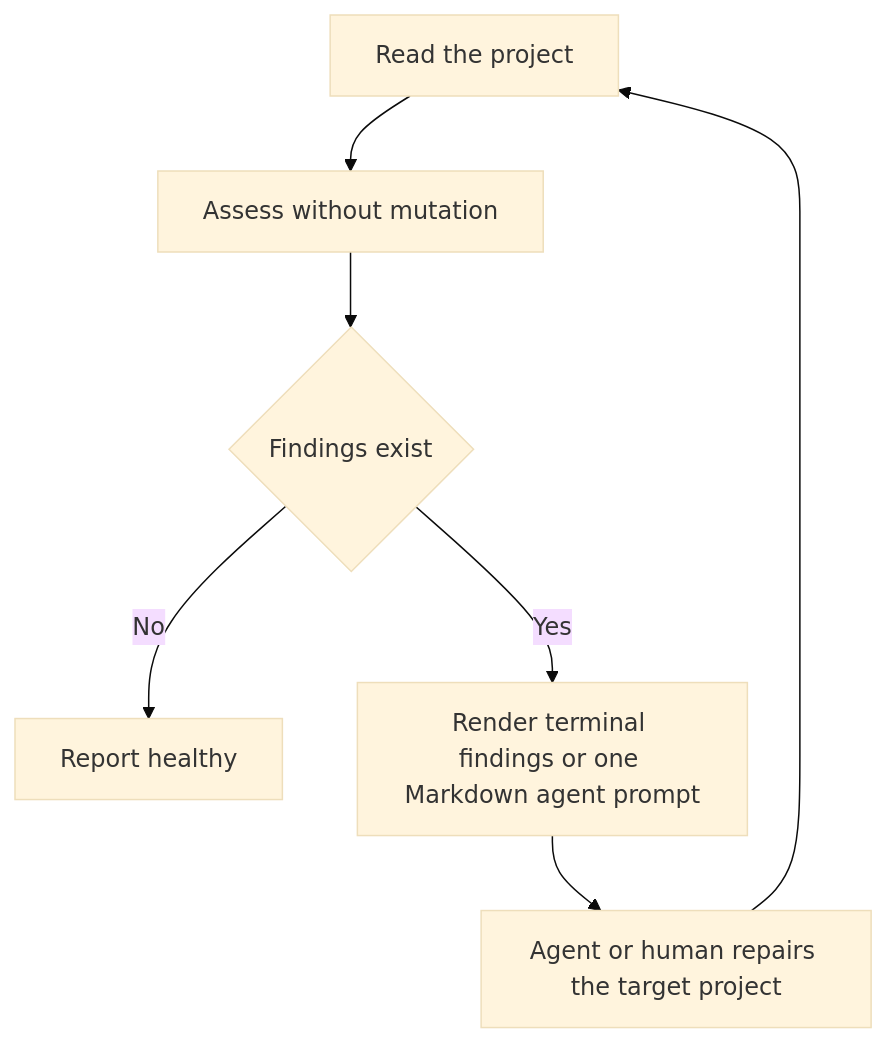
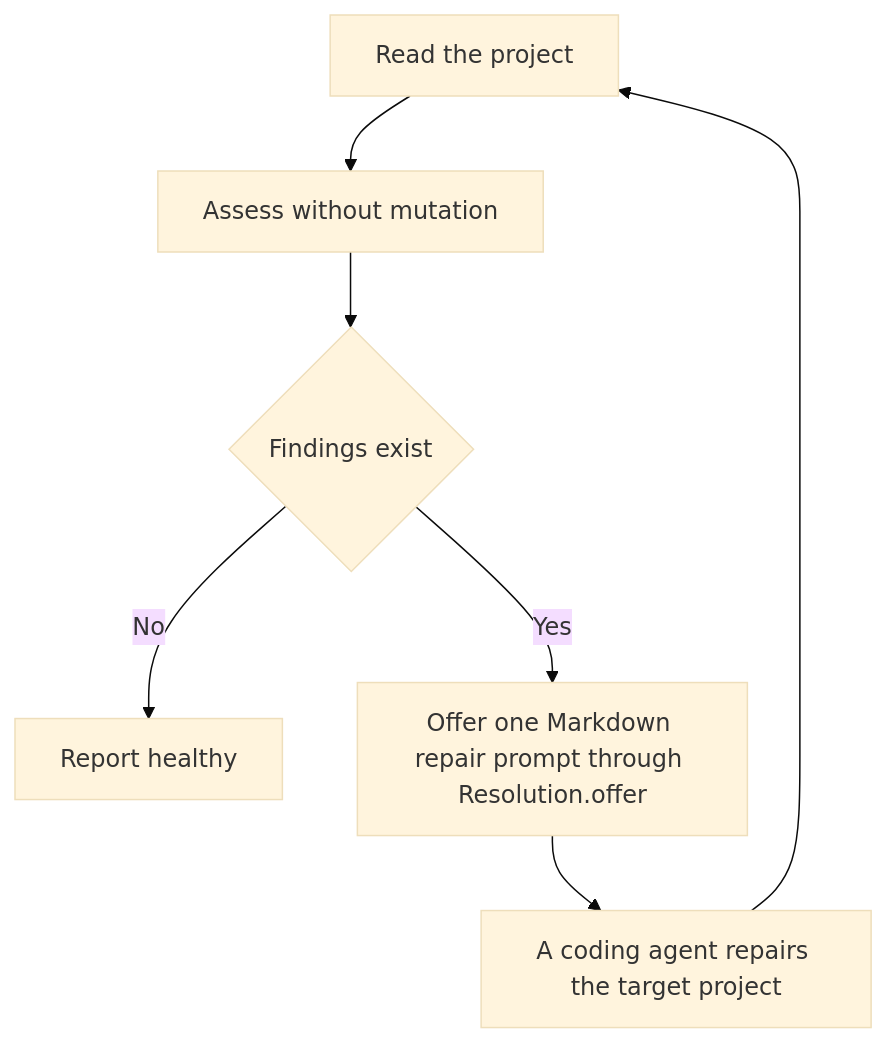
The diagram in docs/architecture.md (adelrodriguez/adamantite), drawn with Mermaid (base theme) before and after one commit. The commit also changed other lines of this file and 1 other file, not shown here.

First line of the commit message:
Describe the rewritten layout in the architecture doc, and test its layer table

````diff
--- a/docs/architecture.md
+++ b/docs/architecture.md
@@ -81,9 +232,9 @@
 ```mermaid
 flowchart TD
   A[Read the project] --> B[Assess without mutation]
   B --> C{Findings exist}
   C -->|No| D[Report healthy]
-  C -->|Yes| E[Render terminal findings or one Markdown agent prompt]
-  E --> F[Agent or human repairs the target project]
+  C -->|Yes| E[Offer one Markdown repair prompt through Resolution.offer]
+  E --> F[A coding agent repairs the target project]
   F --> A
 ```
````
